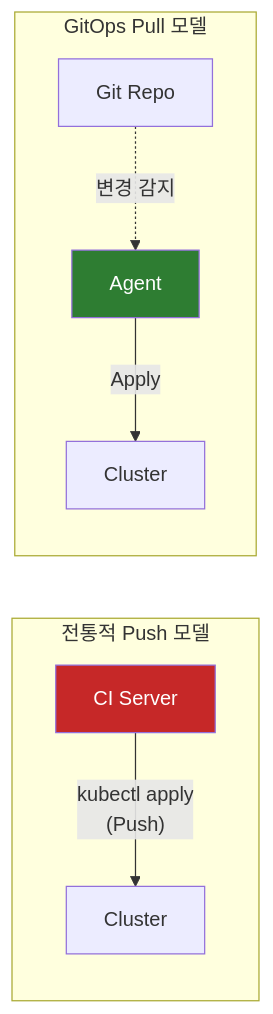
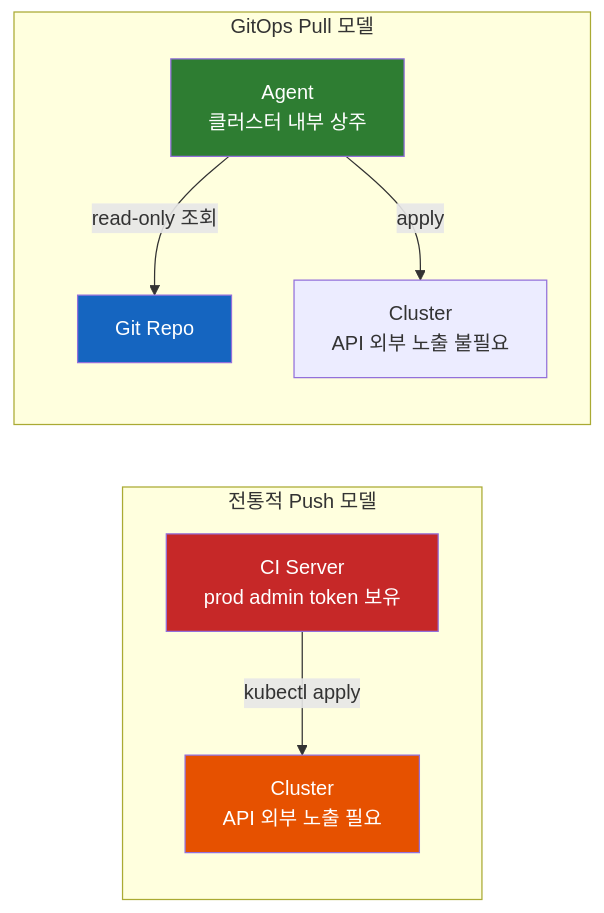
The third of 12 diagrams in devops/GitOps-Git을-Single-Source-of-Truth로-삼는-운영-모델.md (sskim91/TIL), drawn with Mermaid before and after one commit. The commit also changed other lines of this file and 1 other file, not shown here.

First line of the commit message:
docs(devops): GitOps 노트를 운영 모델 층 중심으로 대폭 확장

````diff
--- a/devops/GitOps-Git을-Single-Source-of-Truth로-삼는-운영-모델.md
+++ b/devops/GitOps-Git을-Single-Source-of-Truth로-삼는-운영-모델.md
@@ -189,16 +262,19 @@
 ```mermaid
 flowchart LR
     subgraph Push["전통적 Push 모델"]
         direction TB
-        CI1["CI Server"] -->|"kubectl apply<br>(Push)"| K1["Cluster"]
+        CI1["CI Server<br>prod admin token 보유"] -->|"kubectl apply"| K1["Cluster<br>API 외부 노출 필요"]
     end
 
     subgraph Pull["GitOps Pull 모델"]
         direction TB
-        G2["Git Repo"] -.->|"변경 감지"| Agent["Agent"]
-        Agent -->|"Apply"| K2["Cluster"]
+        G2["Git Repo"]
+        Agent["Agent<br>클러스터 내부 상주"] -->|"read-only 조회"| G2
+        Agent -->|"apply"| K2["Cluster<br>API 외부 노출 불필요"]
     end
 
     style CI1 fill:#C62828,color:#fff
+    style K1 fill:#E65100,color:#fff
     style Agent fill:#2E7D32,color:#fff
+    style G2 fill:#1565C0,color:#fff
 ```
````
